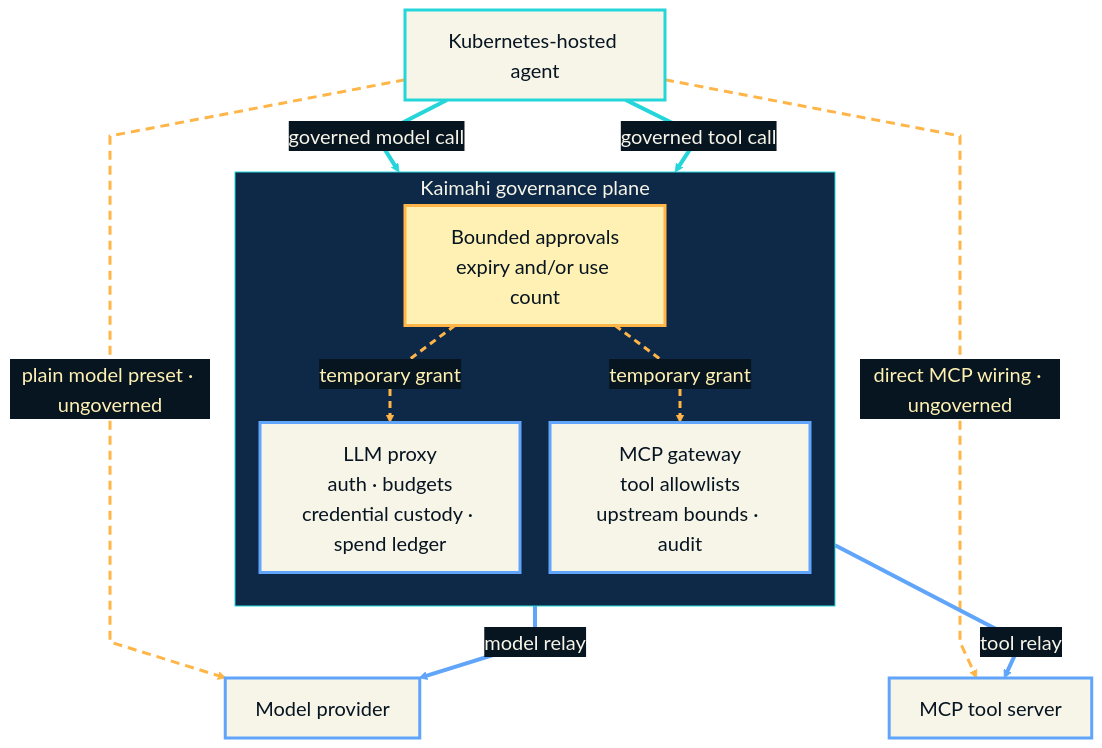
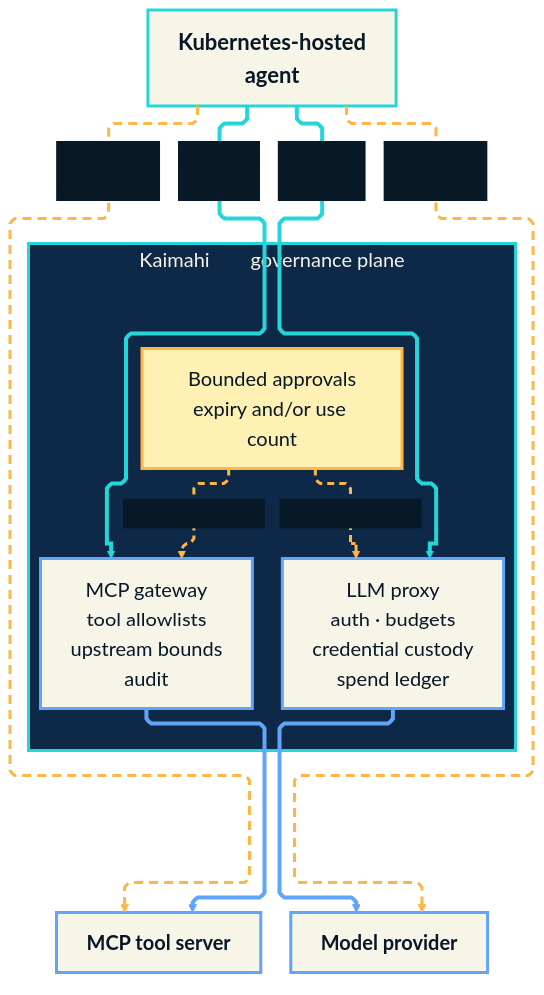
One commit to gambtho/tomte changed the diagram in docs/assets/architecture.mmd. Above: the diagram before and after it, drawn with Mermaid. The commit also changed 1 other file, not shown here.

Commit message:
docs: render architecture from Mermaid source

```diff
--- a/docs/assets/architecture.mmd
+++ b/docs/assets/architecture.mmd
@@ -1,35 +1,78 @@
-%%{init: {"theme": "base", "flowchart": {"htmlLabels": true, "nodeSpacing": 30, "rankSpacing": 42, "curve": "linear"}, "themeVariables": {"background": "#071521", "fontFamily": "Arial, Helvetica, sans-serif", "fontSize": "20px", "textColor": "#F7F4E8", "titleColor": "#F7F4E8", "primaryColor": "#F7F4E8", "primaryTextColor": "#071521", "primaryBorderColor": "#24D6D9", "lineColor": "#24D6D9", "edgeLabelBackground": "#071521", "clusterBkg": "#0D2947", "clusterBorder": "#24D6D9", "tertiaryColor": "#0D2947"}}}%%
+---
+config:
+  theme: base
+  themeCSS: |
+    .edgeLabels .edgeLabel span,
+    .edgeLabels .edgeLabel p {
+      color: #F7F4E8 !important;
+      fill: #F7F4E8 !important;
+    }
+  layout: elk
+  elk:
+    mergeEdges: false
+    nodePlacementStrategy: SIMPLE
+    nodePlacementAlignment: BALANCED
+    forceNodeModelOrder: true
+    considerModelOrder: NODES_AND_EDGES
+  flowchart:
+    htmlLabels: true
+    nodeSpacing: 24
+    rankSpacing: 36
+    curve: linear
+  themeVariables:
+    background: "#071827"
+    fontFamily: "Arial, Helvetica, sans-serif"
+    fontSize: 20px
+    textColor: "#F7F4E8"
+    titleColor: "#F7F4E8"
+    nodeTextColor: "#F7F4E8"
+    primaryColor: "#F7F4E8"
+    primaryTextColor: "#071827"
+    primaryBorderColor: "#24D6D9"
+    lineColor: "#24D6D9"
+    edgeLabelBackground: "#071827"
+    clusterBkg: "#0D2947"
+    clusterBorder: "#24D6D9"
+---
 flowchart TB
-    A["Kubernetes-hosted agent"]
+    accTitle: Kaimahi governance architecture
+    accDescr: A Kubernetes-hosted agent uses Kaimahi's governed model and tool paths, while dashed direct paths are explicitly ungoverned.
 
-    subgraph K["Kaimahi governance plane"]
+    A["Kubernetes-hosted<br/>agent"]
+
+    subgraph K["Kaimahi&nbsp;&nbsp;&nbsp;&nbsp;&nbsp;&nbsp;&nbsp;&nbsp;governance plane"]
       direction TB
       P["Bounded approvals<br/>expiry and/or use count"]
-      L["LLM proxy<br/>auth · budgets<br/>credential custody · spend ledger"]
-      T["MCP gateway<br/>tool allowlists<br/>upstream bounds · audit"]
+      L["LLM proxy<br/>auth · budgets<br/>credential custody<br/>spend ledger"]
+      T["MCP gateway<br/>tool allowlists<br/>upstream bounds<br/>audit"]
       P -. "temporary grant" .-> L
       P -. "temporary grant" .-> T
     end
 
-    M["Model provider"]
-    X["MCP tool server"]
+    subgraph E[" "]
+      direction LR
+      M["Model provider"]
+      X["MCP tool server"]
+    end
 
-    A -->|"governed model call"| L
-    A -->|"governed tool call"| T
-    L -->|"model relay"| M
-    T -->|"tool relay"| X
-    A -. "plain model preset · ungoverned" .-> M
-    A -. "direct MCP wiring · ungoverned" .-> X
+    A -->|"governed<br/>model call"| L
+    A -->|"governed<br/>tool call"| T
+    L --> M
+    T --> X
+    A -. "plain preset<br/>ungoverned" .-> M
+    A -. "direct MCP<br/>ungoverned" .-> X
 
-    classDef agent fill:#F7F4E8,color:#071521,stroke:#24D6D9,stroke-width:3px;
-    classDef control fill:#F7F4E8,color:#071521,stroke:#60A5FA,stroke-width:3px;
-    classDef approval fill:#FFF1B3,color:#071521,stroke:#FFB547,stroke-width:3px;
-    classDef target fill:#F7F4E8,color:#071521,stroke:#60A5FA,stroke-width:3px;
+    classDef agent fill:#F7F4E8,color:#071827,stroke:#24D6D9,stroke-width:3px,font-size:22px,font-weight:bold;
+    classDef control fill:#F7F4E8,color:#071827,stroke:#60A5FA,stroke-width:3px,font-size:20px;
+    classDef approval fill:#FFF1B3,color:#071827,stroke:#FFB547,stroke-width:3px,font-size:20px;
+    classDef target fill:#F7F4E8,color:#071827,stroke:#60A5FA,stroke-width:3px,font-size:20px,font-weight:bold;
     class A agent;
     class L,T control;
     class P approval;
     class M,X target;
+    style K fill:#0D2947,stroke:#24D6D9,stroke-width:3px,color:#F7F4E8
+    style E fill:transparent,stroke:transparent
     linkStyle 0,1 stroke:#FFB547,color:#FFF1B3,stroke-width:3px,stroke-dasharray:7 5;
     linkStyle 2,3 stroke:#24D6D9,color:#F7F4E8,stroke-width:4px;
     linkStyle 4,5 stroke:#60A5FA,color:#F7F4E8,stroke-width:4px;
     linkStyle 6,7 stroke:#FFB547,color:#FFF1B3,stroke-width:3px,stroke-dasharray:9 6;
```
